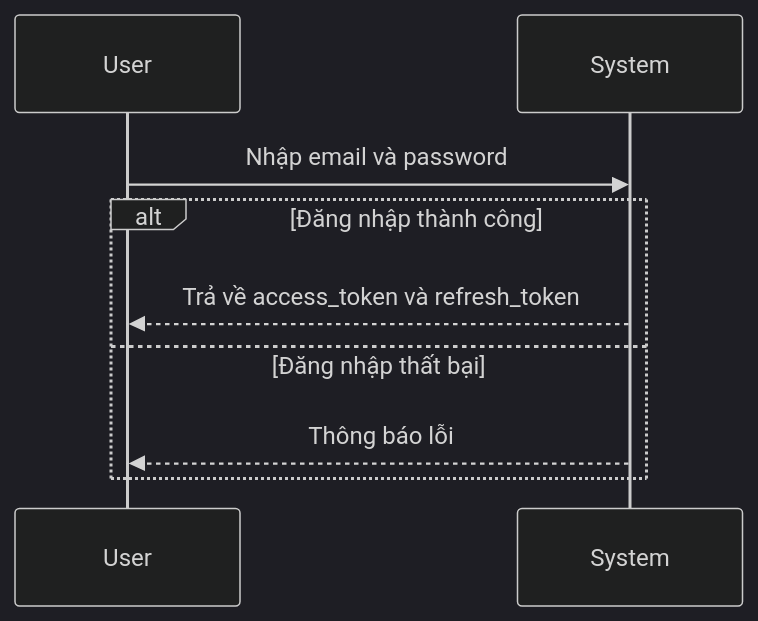
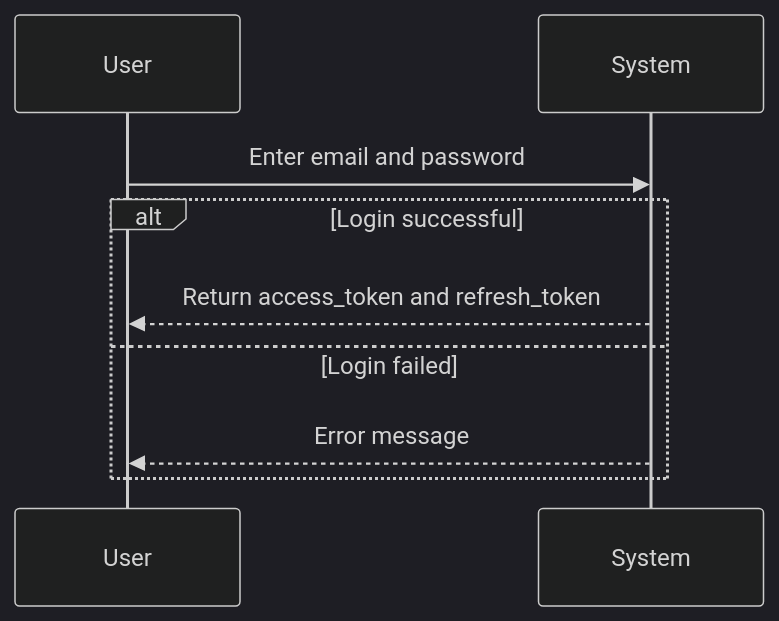
Before and after one commit to hanguyentieuyen/threads-replica: the first of 3 diagrams in document/user-authentication.md, drawn with Mermaid (dark theme). The commit also changed other lines of this file and 1 other file, not shown here.

````diff
--- a/document/user-authentication.md
+++ b/document/user-authentication.md
@@ -5,12 +5,12 @@
 ```mermaid
 sequenceDiagram
     participant User
     participant System
 
-    User->>System: Nhập email và password
-    alt Đăng nhập thành công
-        System-->>User: Trả về access_token và refresh_token
-    else Đăng nhập thất bại
-        System-->>User: Thông báo lỗi
+    User->>System: Enter email and password
+    alt Login successful
+        System-->>User: Return access_token and refresh_token
+    else Login failed
+        System-->>User: Error message
     end
 ```
````
